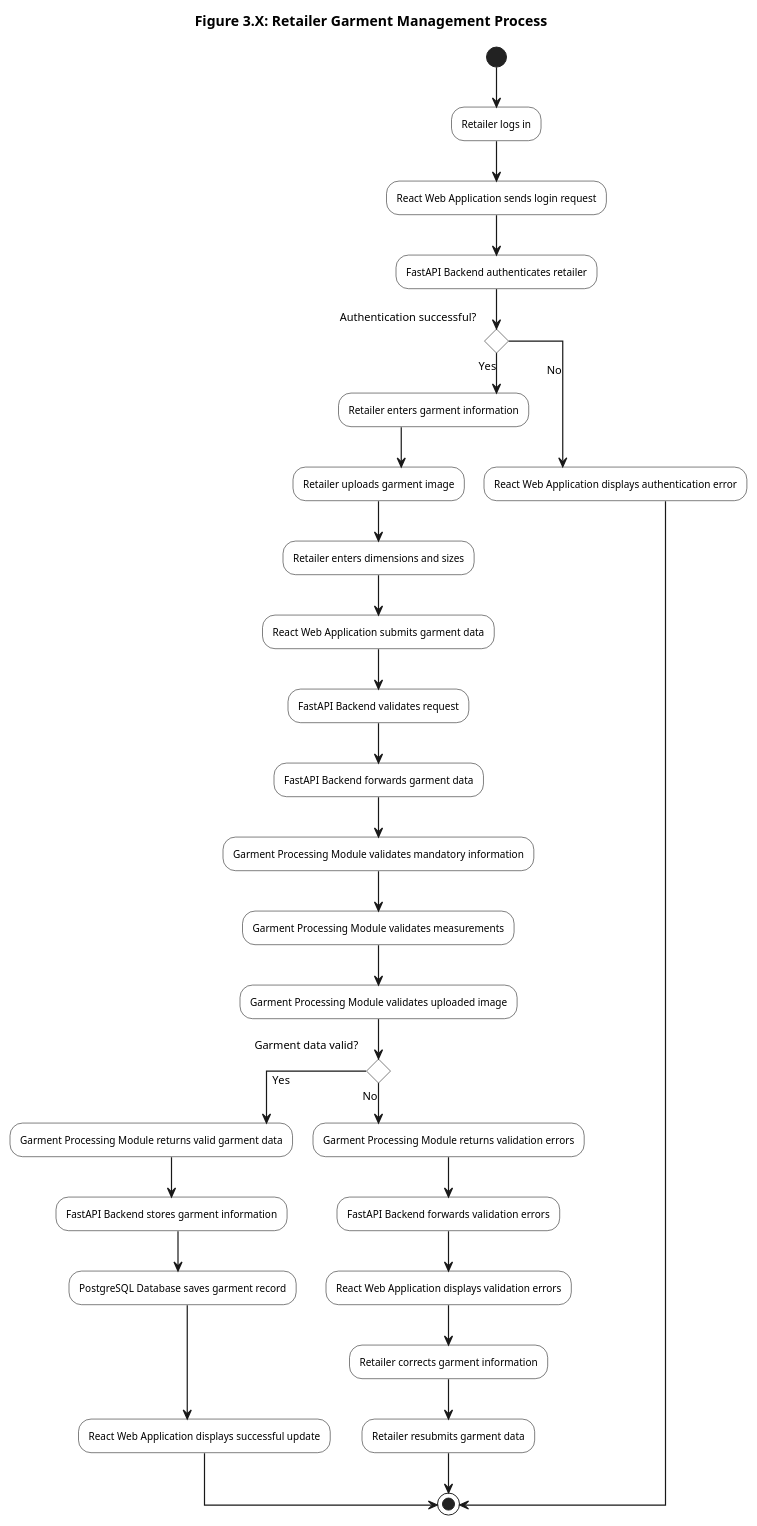
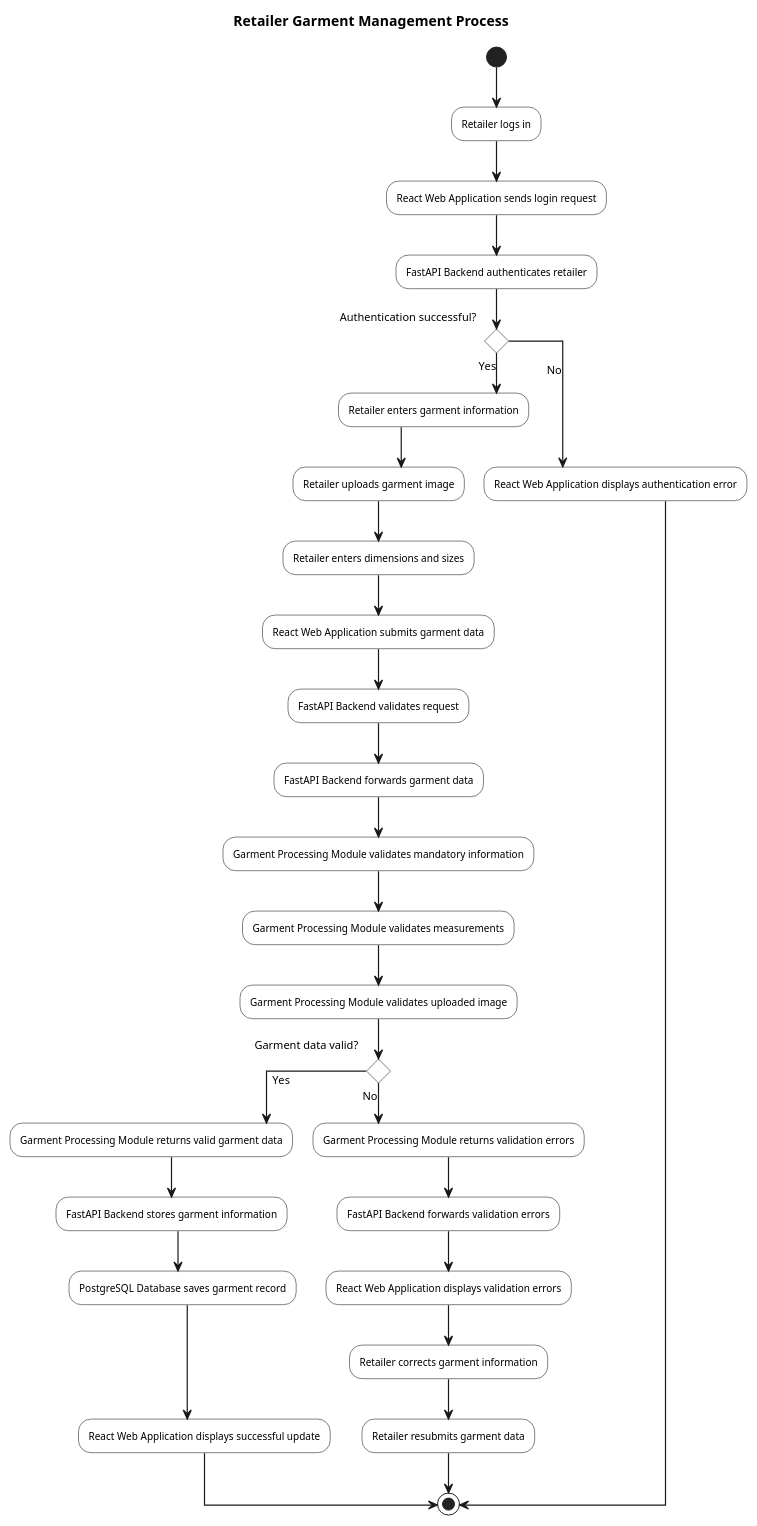
The diagram in docs/uml-diagrams/logical_design/control_flow_and_process_design/retailer_garment_management_process.puml (chris-macharia/SmartFit), drawn with PlantUML before and after one commit. The commit also changed 39 other files, not shown here.

```diff
--- a/docs/uml-diagrams/logical_design/control_flow_and_process_design/retailer_garment_management_process.puml
+++ b/docs/uml-diagrams/logical_design/control_flow_and_process_design/retailer_garment_management_process.puml
@@ -1,52 +1,52 @@
 @startuml Retailer_Garment_Management_Process
 
-title Figure 3.X: Retailer Garment Management Process
+title Retailer Garment Management Process
 
 skinparam shadowing false
 skinparam linetype ortho
 skinparam defaultTextAlignment center
 skinparam ArrowThickness 1.2
 
 skinparam activity {
     BackgroundColor White
     BorderColor Black
     FontColor Black
     FontSize 10
 }
 
 (*) --> "Retailer logs in"
 --> "React Web Application sends login request"
 --> "FastAPI Backend authenticates retailer"
 
 if "Authentication successful?" then
     -->[Yes] "Retailer enters garment information"
     --> "Retailer uploads garment image"
     --> "Retailer enters dimensions and sizes"
     --> "React Web Application submits garment data"
     --> "FastAPI Backend validates request"
     --> "FastAPI Backend forwards garment data"
     --> "Garment Processing Module validates mandatory information"
     --> "Garment Processing Module validates measurements"
     --> "Garment Processing Module validates uploaded image"
 
     if "Garment data valid?" then
         -->[Yes] "Garment Processing Module returns valid garment data"
         --> "FastAPI Backend stores garment information"
         --> "PostgreSQL Database saves garment record"
         --> "React Web Application displays successful update"
         --> (*)
     else
         -->[No] "Garment Processing Module returns validation errors"
         --> "FastAPI Backend forwards validation errors"
         --> "React Web Application displays validation errors"
         --> "Retailer corrects garment information"
         --> "Retailer resubmits garment data"
         --> (*)
     endif
 
 else
     -->[No] "React Web Application displays authentication error"
     --> (*)
 endif
 
 @enduml
```
